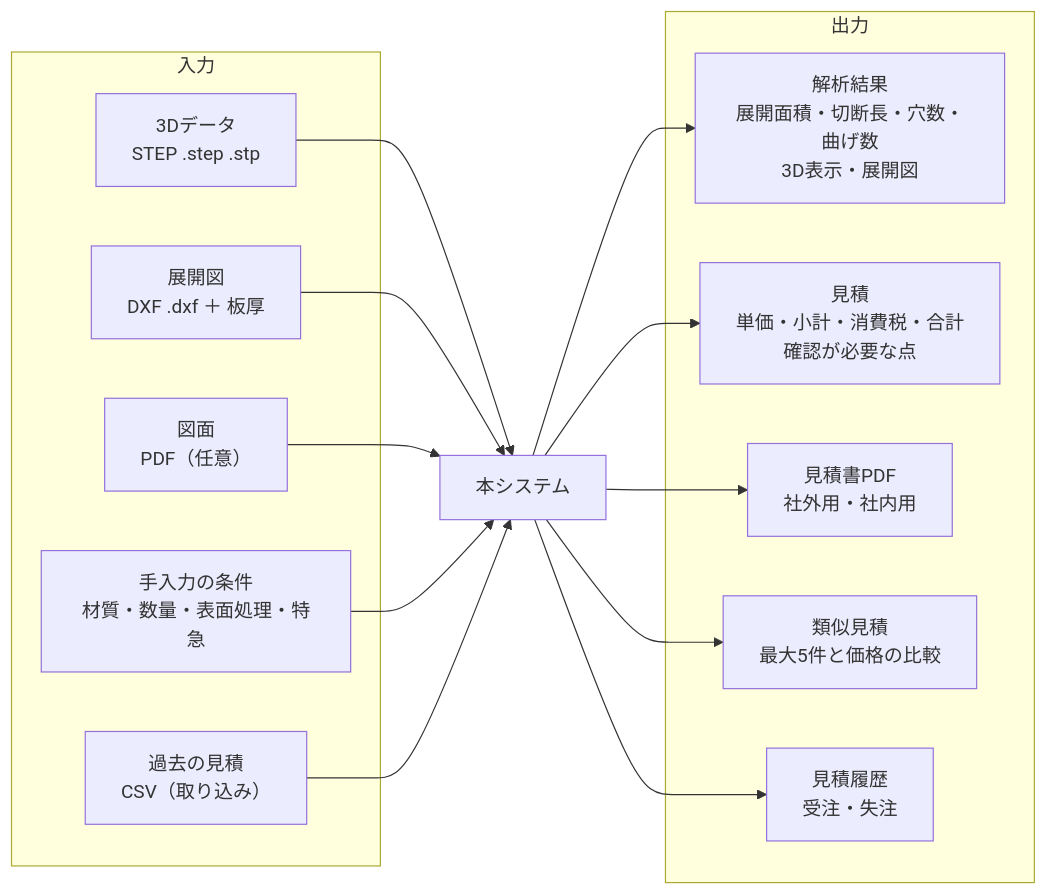
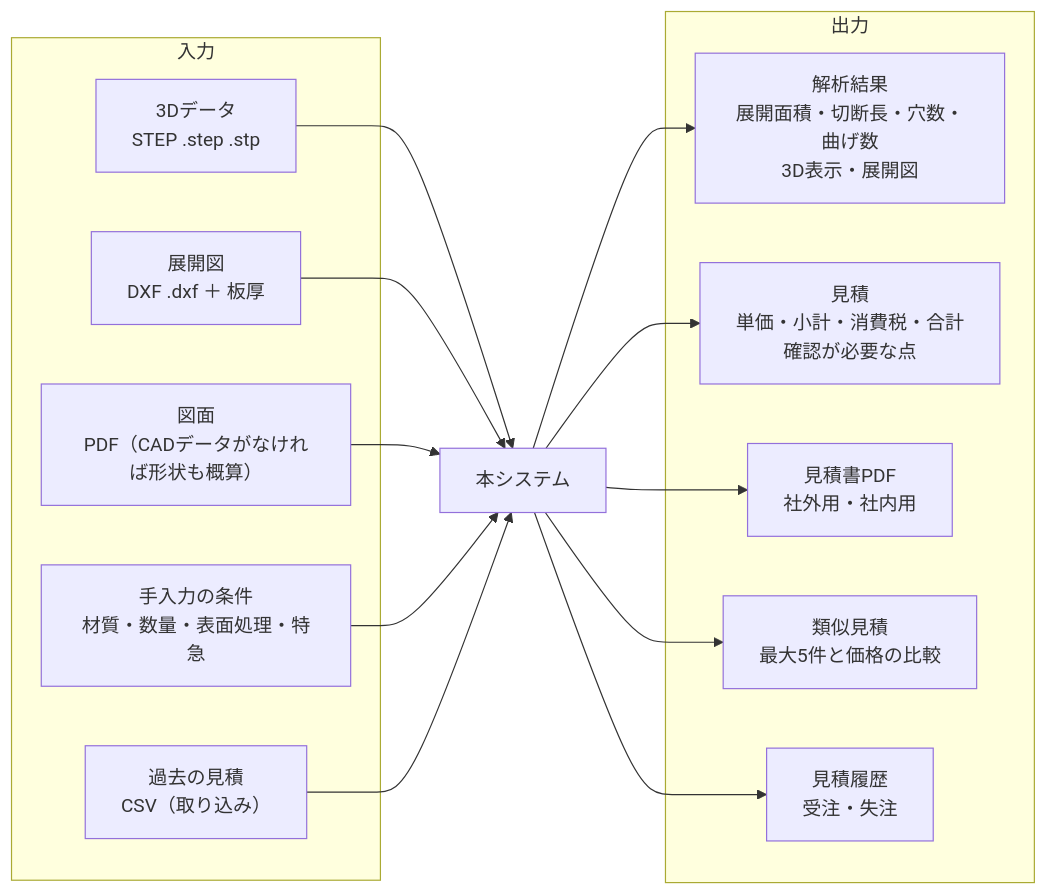
One commit to 1975020t/step_analysis_for_automatic-estimate changed the fourth of 5 diagrams in docs/01_要件定義書.md. Above: the diagram before and after it, drawn with Mermaid. The commit also changed other lines of this file and 48 other files, not shown here.

First line of the commit message:
図面PDFだけからの見積：テスト・評価・資料

````diff
--- a/docs/01_要件定義書.md
+++ b/docs/01_要件定義書.md
@@ -114,28 +114,28 @@
 ```mermaid 図 入力と出力
 flowchart LR
   subgraph 入力
     i1[3Dデータ<br/>STEP .step .stp]
     i2[展開図<br/>DXF .dxf ＋ 板厚]
-    i3[図面<br/>PDF（任意）]
+    i3[図面<br/>PDF（CADデータがなければ形状も概算）]
     i4[手入力の条件<br/>材質・数量・表面処理・特急]
     i5[過去の見積<br/>CSV（取り込み）]
   end
   S[本システム]
   subgraph 出力
     o1[解析結果<br/>展開面積・切断長・穴数・曲げ数<br/>3D表示・展開図]
     o2[見積<br/>単価・小計・消費税・合計<br/>確認が必要な点]
     o3[見積書PDF<br/>社外用・社内用]
     o4[類似見積<br/>最大5件と価格の比較]
     o5[見積履歴<br/>受注・失注]
   end
   i1 --> S
   i2 --> S
   i3 --> S
   i4 --> S
   i5 --> S
   S --> o1
   S --> o2
   S --> o3
   S --> o4
   S --> o5
 ```
````
